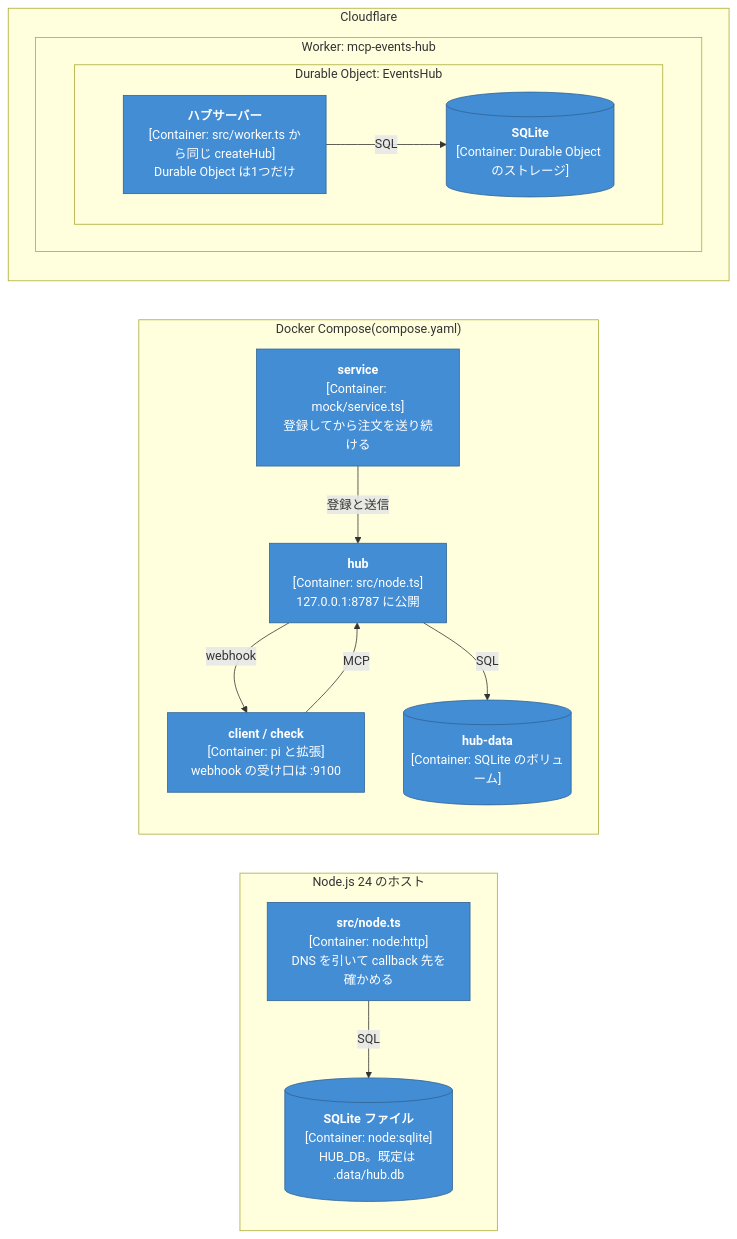
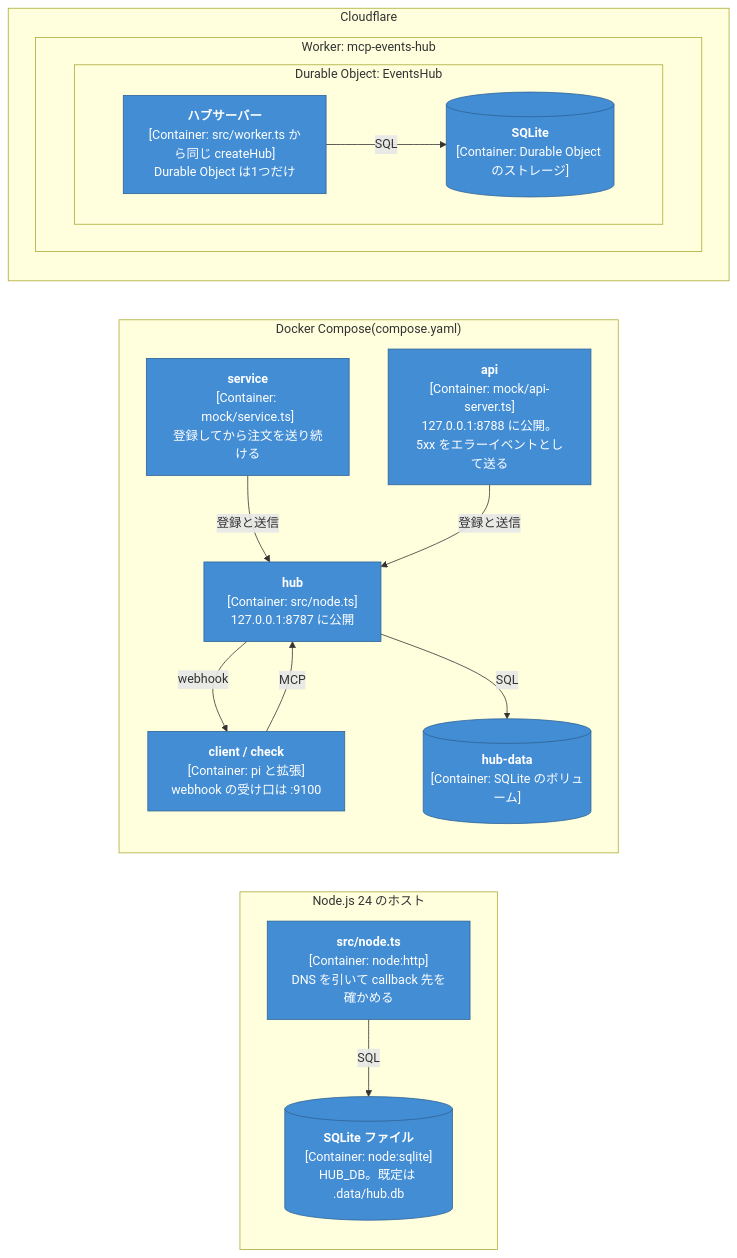
Before and after one commit to umaidashi/mcp-events-hub-server: the fourth of 4 diagrams in README.md, drawn with Mermaid. The commit also changed other lines of this file and 4 other files, not shown here.

First line of the commit message:
feat(example): add an API server that reports its errors to the hub

````diff
--- a/README.md
+++ b/README.md
@@ -138,32 +138,34 @@
 ```mermaid
 flowchart LR
   subgraph nodeHost["Node.js 24 のホスト"]
     nodeEntry["<b>src/node.ts</b><br/>[Container: node:http]<br/>DNS を引いて callback 先を確かめる"]
     nodeDb[("<b>SQLite ファイル</b><br/>[Container: node:sqlite]<br/>HUB_DB。既定は .data/hub.db")]
     nodeEntry -- "SQL" --> nodeDb
   end
 
   subgraph docker["Docker Compose(compose.yaml)"]
     dHub["<b>hub</b><br/>[Container: src/node.ts]<br/>127.0.0.1:8787 に公開"]
     dDb[("<b>hub-data</b><br/>[Container: SQLite のボリューム]")]
     dService["<b>service</b><br/>[Container: mock/service.ts]<br/>登録してから注文を送り続ける"]
+    dApi["<b>api</b><br/>[Container: mock/api-server.ts]<br/>127.0.0.1:8788 に公開。5xx をエラーイベントとして送る"]
     dClient["<b>client / check</b><br/>[Container: pi と拡張]<br/>webhook の受け口は :9100"]
     dService -- "登録と送信" --> dHub
+    dApi -- "登録と送信" --> dHub
     dClient -- "MCP" --> dHub
     dHub -- "webhook" --> dClient
     dHub -- "SQL" --> dDb
   end
 
   subgraph cf["Cloudflare"]
     subgraph worker["Worker: mcp-events-hub"]
       subgraph dobj["Durable Object: EventsHub"]
         cfHub["<b>ハブサーバー</b><br/>[Container: src/worker.ts から同じ createHub]<br/>Durable Object は1つだけ"]
         cfDb[("<b>SQLite</b><br/>[Container: Durable Object のストレージ]")]
         cfHub -- "SQL" --> cfDb
       end
     end
   end
 
   classDef container fill:#438dd5,stroke:#2e6295,color:#fff
-  class nodeEntry,nodeDb,cfHub,cfDb,dHub,dDb,dService,dClient container
+  class nodeEntry,nodeDb,cfHub,cfDb,dHub,dDb,dService,dApi,dClient container
 ```
````
